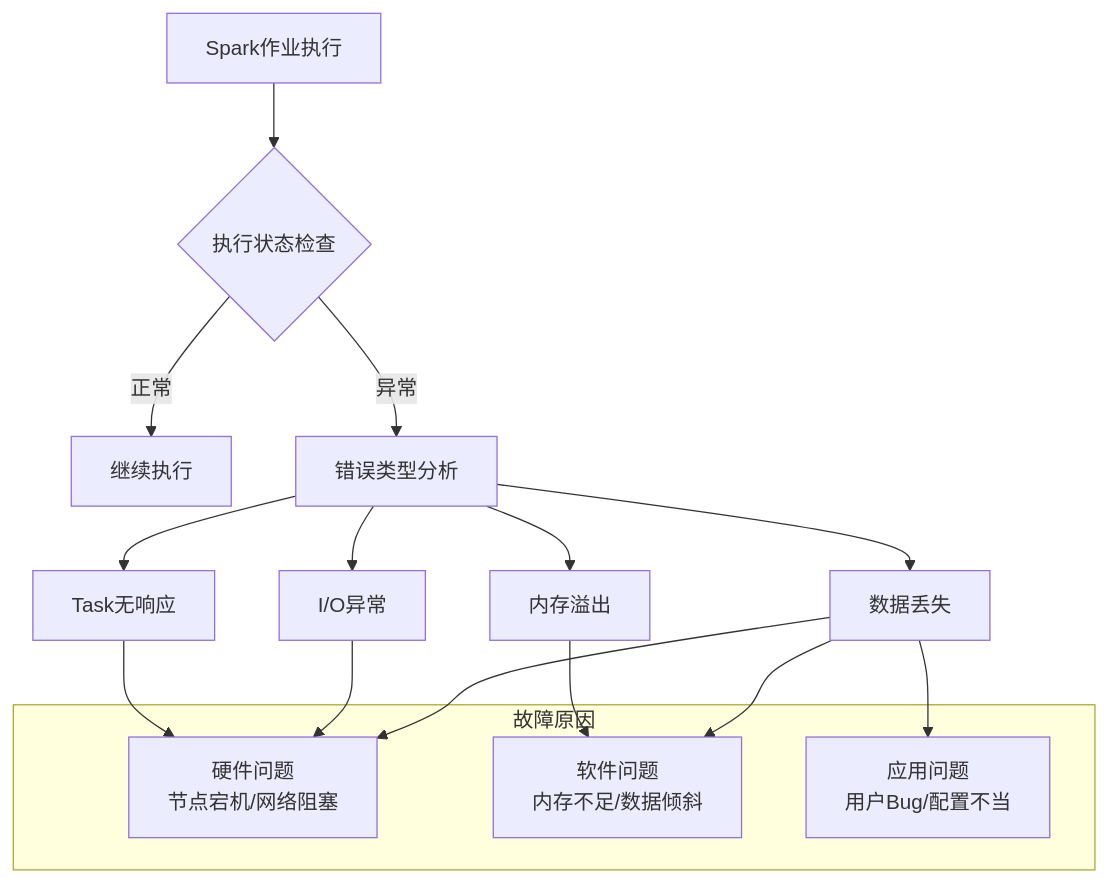
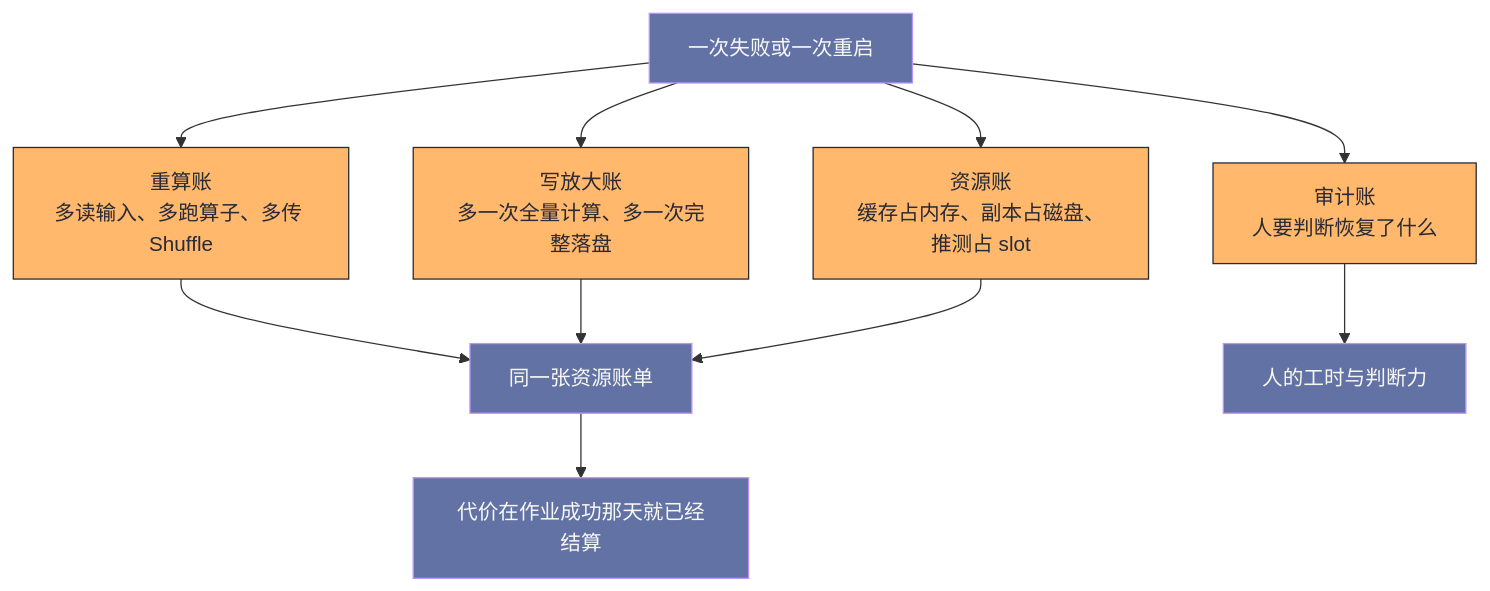
Before and after one commit to hpliStartAgain/my-brain: the second of 6 diagrams in content/大数据/Spark/读书笔记-spark内核/04_存储与容错机制/5. Spark错误容忍机制.md, drawn with Mermaid. The commit also changed other lines of this file and 259 other files, not shown here.

````diff
--- a/content/大数据/Spark/读书笔记-spark内核/04_存储与容错机制/5. Spark错误容忍机制.md
+++ b/content/大数据/Spark/读书笔记-spark内核/04_存储与容错机制/5. Spark错误容忍机制.md
@@ -36,23 +203,17 @@
 ```mermaid
+%%{init: {'theme': 'dracula'}}%%
 flowchart TD
-    A["Spark作业执行"] --> B{"执行状态检查"}
-    B -->|"正常"| C["继续执行"]
-    B -->|"异常"| D["错误类型分析"]
-    D --> E["Task无响应"]
-    D --> F["内存溢出"]
-    D --> G["I/O异常"]
-    D --> H["数据丢失"]
-    
-    subgraph "故障原因"
-        I["硬件问题<br>节点宕机/网络阻塞"]
-        J["软件问题<br>内存不足/数据倾斜"]
-        K["应用问题<br>用户Bug/配置不当"]
-    end
-    
-    E --> I
-    F --> J
-    G --> I
-    H --> I
-    H --> J
-    H --> K
+    F["一次失败或一次重启"] --> A1["重算账<br/>多读输入、多跑算子、多传 Shuffle"]
+    F --> A2["写放大账<br/>多一次全量计算、多一次完整落盘"]
+    F --> A3["资源账<br/>缓存占内存、副本占磁盘、推测占 slot"]
+    F --> A4["审计账<br/>人要判断恢复了什么"]
+    A1 --> P["同一张资源账单"]
+    A2 --> P
+    A3 --> P
+    A4 --> H["人的工时与判断力"]
+    P --> T["代价在作业成功那天就已经结算"]
+    classDef cost fill:#ffb86c,stroke:#282a36,color:#282a36
+    classDef base fill:#6272a4,stroke:#bd93f9,color:#f8f8f2
+    class A1,A2,A3,A4 cost
+    class F,P,H,T base
 ```
````
